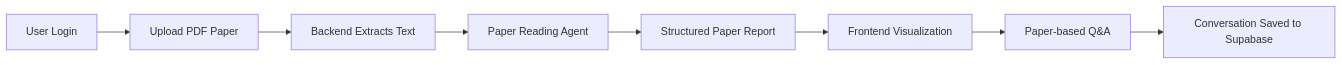
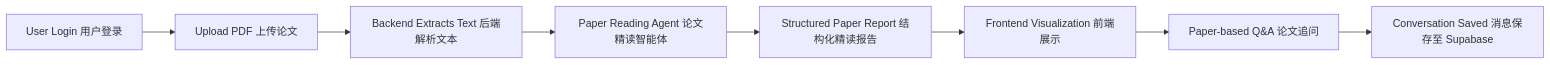
Before and after one commit to telitor/SciPilot: the first of 5 diagrams in README.md, drawn with Mermaid. The commit also changed other lines of this file, not shown here.

````diff
--- a/README.md
+++ b/README.md
@@ -36,10 +38,10 @@
 ```mermaid
 flowchart LR
-    A[User Login] --> B[Upload PDF Paper]
-    B --> C[Backend Extracts Text]
-    C --> D[Paper Reading Agent]
-    D --> E[Structured Paper Report]
-    E --> F[Frontend Visualization]
-    F --> G[Paper-based Q&A]
-    G --> H[Conversation Saved to Supabase]
+    A[User Login 用户登录] --> B[Upload PDF 上传论文]
+    B --> C[Backend Extracts Text 后端解析文本]
+    C --> D[Paper Reading Agent 论文精读智能体]
+    D --> E[Structured Paper Report 结构化精读报告]
+    E --> F[Frontend Visualization 前端展示]
+    F --> G[Paper-based Q&A 论文追问]
+    G --> H[Conversation Saved 消息保存至 Supabase]
 ```
````
